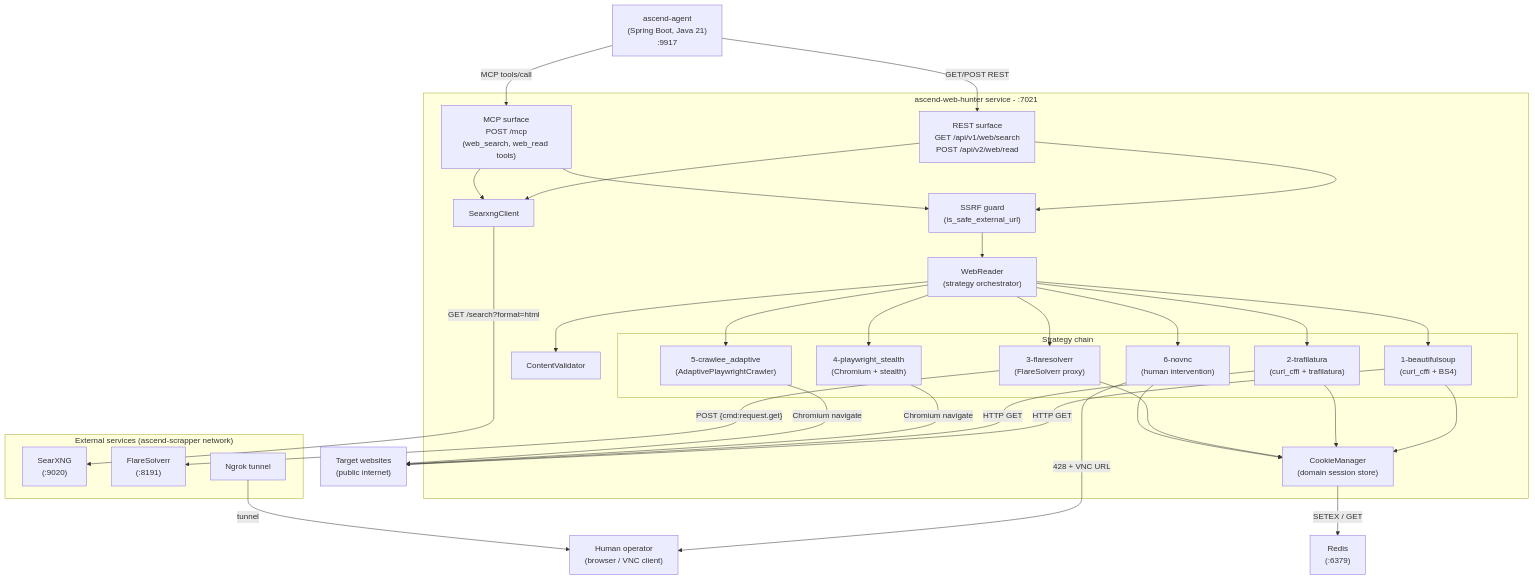
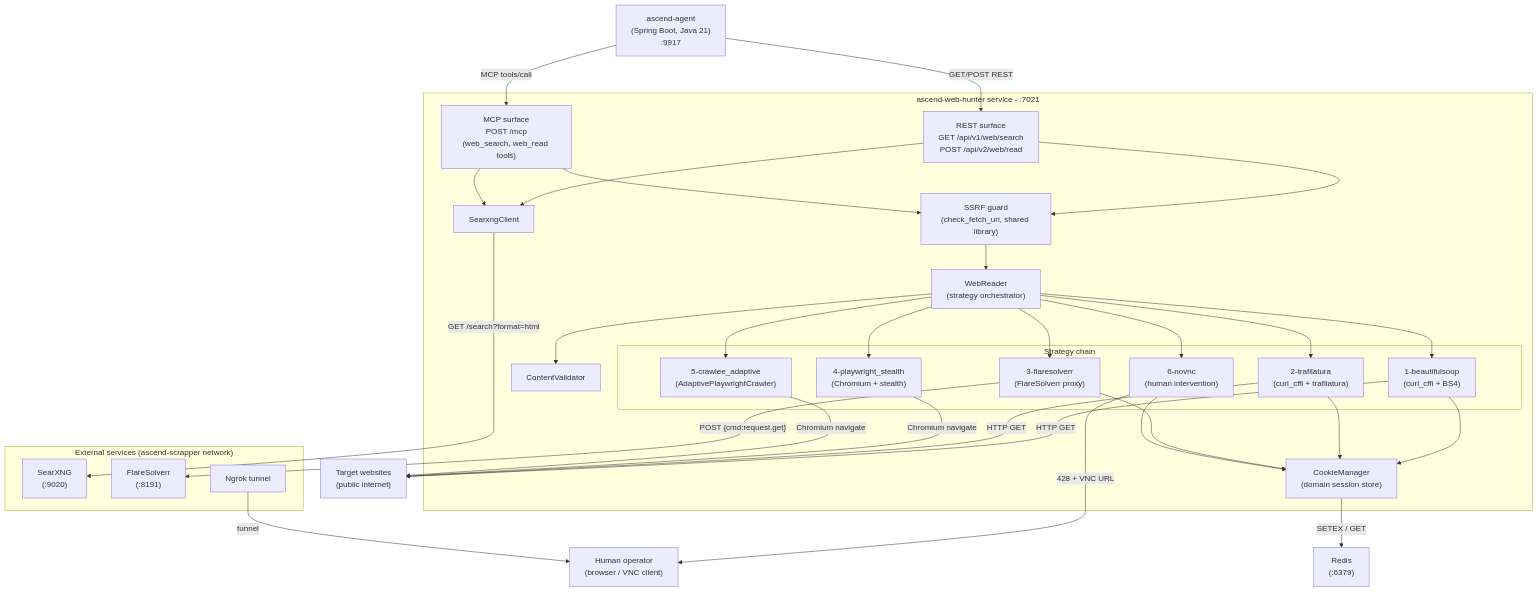
The first of 2 diagrams in apps/ascend-web-hunter/docs/architecture/diagrams/container-diagram.md (Lukk17/AscendAI), drawn with Mermaid before and after one commit. The commit also changed other lines of this file and 131 other files, not shown here.

First line of the commit message:
refactor(web-hunter): migrate onto the shared platform library

````diff
--- a/apps/ascend-web-hunter/docs/architecture/diagrams/container-diagram.md
+++ b/apps/ascend-web-hunter/docs/architecture/diagrams/container-diagram.md
@@ -7,63 +7,63 @@
 ```mermaid
 graph TB
     accTitle: ascend-web-hunter C4 Container Diagram
     accDescr: Shows ascend-web-hunter's position in the AscendAI platform, its callers, and its downstream service dependencies.
 
     Agent["ascend-agent<br/>(Spring Boot, Java 21)<br/>:9917"]
     Human["Human operator<br/>(browser / VNC client)"]
 
     subgraph "ascend-web-hunter service - :7021"
         REST["REST surface<br/>GET /api/v1/web/search<br/>POST /api/v2/web/read"]
         MCP["MCP surface<br/>POST /mcp<br/>(web_search, web_read tools)"]
         WR["WebReader<br/>(strategy orchestrator)"]
-        Guard["SSRF guard<br/>(is_safe_external_url)"]
+        Guard["SSRF guard<br/>(check_fetch_uri, shared library)"]
         Validator["ContentValidator"]
         subgraph "Strategy chain"
             S1["1-beautifulsoup<br/>(curl_cffi + BS4)"]
             S2["2-trafilatura<br/>(curl_cffi + trafilatura)"]
             S3["3-flaresolverr<br/>(FlareSolverr proxy)"]
             S4["4-playwright_stealth<br/>(Chromium + stealth)"]
             S5["5-crawlee_adaptive<br/>(AdaptivePlaywrightCrawler)"]
             S6["6-novnc<br/>(human intervention)"]
         end
         CookieMgr["CookieManager<br/>(domain session store)"]
         SearxClient["SearxngClient"]
     end
 
     subgraph "External services (ascend-scrapper network)"
         SearXNG["SearXNG<br/>(:9020)"]
         FlareSolverr["FlareSolverr<br/>(:8191)"]
         Ngrok["Ngrok tunnel"]
     end
 
     Redis["Redis<br/>(:6379)"]
     TargetSite["Target websites<br/>(public internet)"]
 
     Agent -->|"MCP tools/call"| MCP
     Agent -->|"GET/POST REST"| REST
     REST --> Guard
     MCP --> Guard
     Guard --> WR
     WR --> S1
     WR --> S2
     WR --> S3
     WR --> S4
     WR --> S5
     WR --> S6
     WR --> Validator
     REST --> SearxClient
     MCP --> SearxClient
     SearxClient -->|"GET /search?format=html"| SearXNG
     S3 -->|"POST {cmd:request.get}"| FlareSolverr
     S1 -->|"HTTP GET"| TargetSite
     S2 -->|"HTTP GET"| TargetSite
     S4 -->|"Chromium navigate"| TargetSite
     S5 -->|"Chromium navigate"| TargetSite
     S1 --> CookieMgr
     S2 --> CookieMgr
     S3 --> CookieMgr
     S6 --> CookieMgr
     CookieMgr -->|"SETEX / GET"| Redis
     S6 -->|"428 + VNC URL"| Human
     Ngrok -->|"tunnel"| Human
 ```
````
